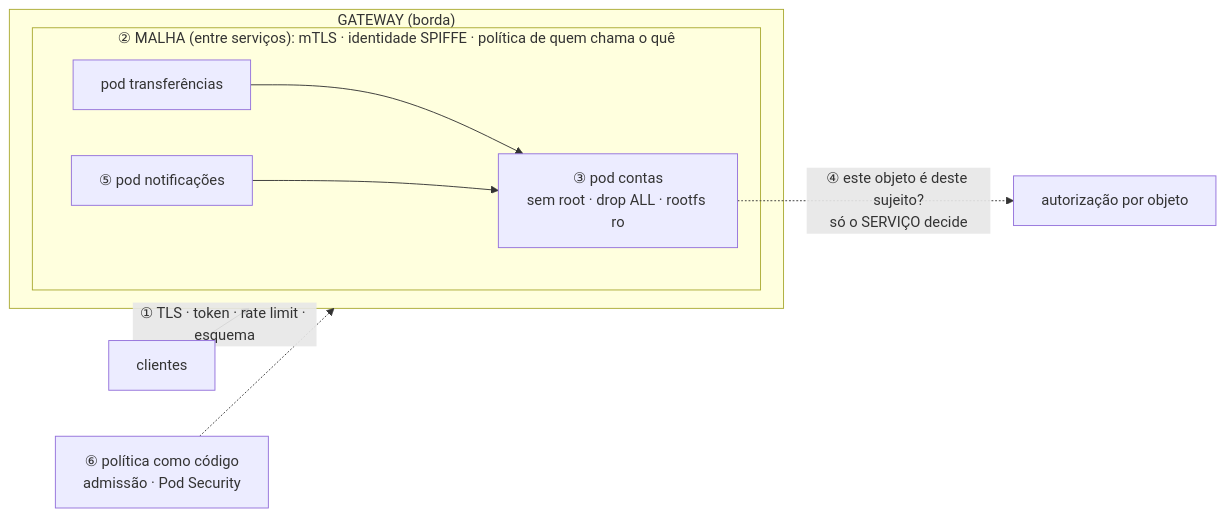
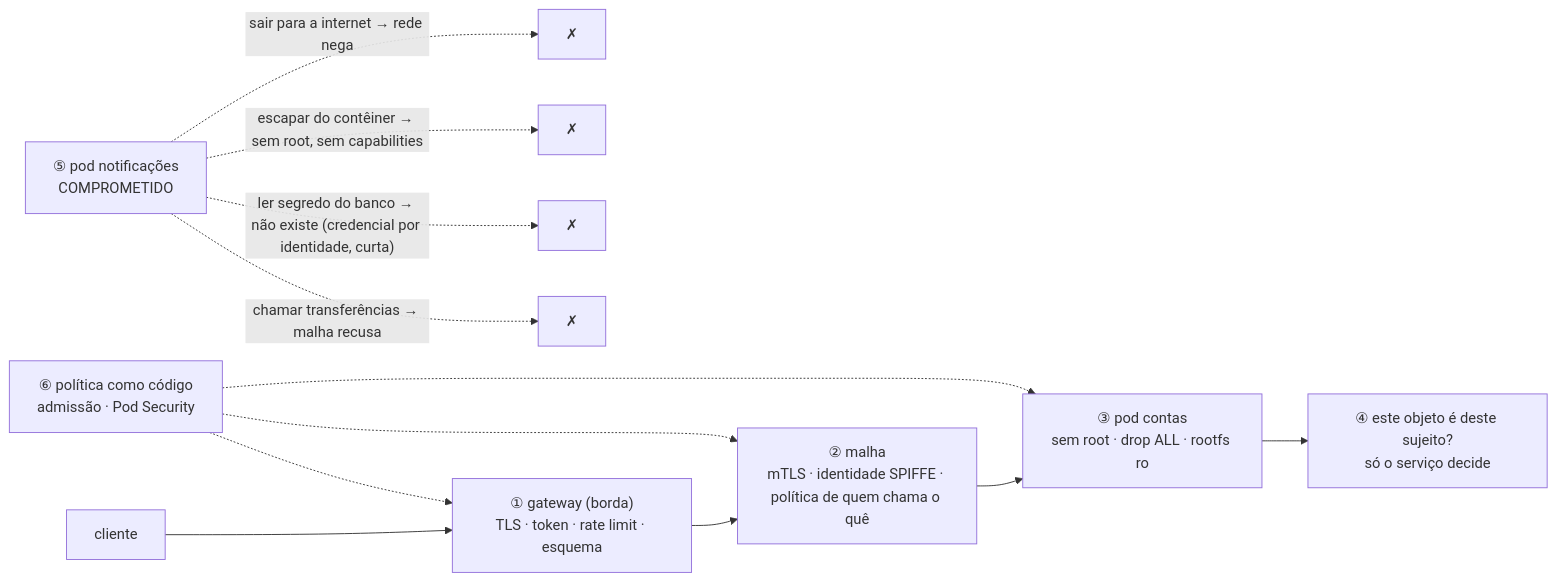
One commit to CosmIA-Lab/LAB-SDLC-IA-SEC changed the diagram in 09-seguranca-de-apis/dissertacao-modelo.md. Above: the diagram before and after it, drawn with Mermaid. The commit also changed other lines of this file and 1 other file, not shown here.

Commit message:
docs: redraw the rings and three-rings figures as linear trails for legibility

````diff
--- a/09-seguranca-de-apis/dissertacao-modelo.md
+++ b/09-seguranca-de-apis/dissertacao-modelo.md
@@ -34,15 +34,11 @@
 ```mermaid
 flowchart LR
-    CL["clientes"] -- "① TLS · token · rate limit · esquema" --> G
-    subgraph G["GATEWAY (borda)"]
-        subgraph M["② MALHA (entre serviços): mTLS · identidade SPIFFE · política de quem chama o quê"]
-            P1["③ pod contas<br/>sem root · drop ALL · rootfs ro"]
-            P2["pod transferências"]
-            P3["⑤ pod notificações"]
-            P2 --> P1
-            P3 --> P1
-        end
-    end
-    P1 -. "④ este objeto é deste sujeito?<br/>só o SERVIÇO decide" .-> DEC["autorização por objeto"]
+    CL["cliente"] --> G["① gateway (borda)<br/>TLS · token · rate limit · esquema"] --> M["② malha<br/>mTLS · identidade SPIFFE · política de quem chama o quê"] --> P1["③ pod contas<br/>sem root · drop ALL · rootfs ro"] --> DEC["④ este objeto é deste sujeito?<br/>só o serviço decide"]
+    P3["⑤ pod notificações<br/>COMPROMETIDO"] -. "chamar transferências → malha recusa" .-> X1["✗"]
+    P3 -. "ler segredo do banco → não existe (credencial por identidade, curta)" .-> X2["✗"]
+    P3 -. "escapar do contêiner → sem root, sem capabilities" .-> X3["✗"]
+    P3 -. "sair para a internet → rede nega" .-> X4["✗"]
     POL["⑥ política como código<br/>admissão · Pod Security"] -.-> G
+    POL -.-> M
+    POL -.-> P1
 ```
````
